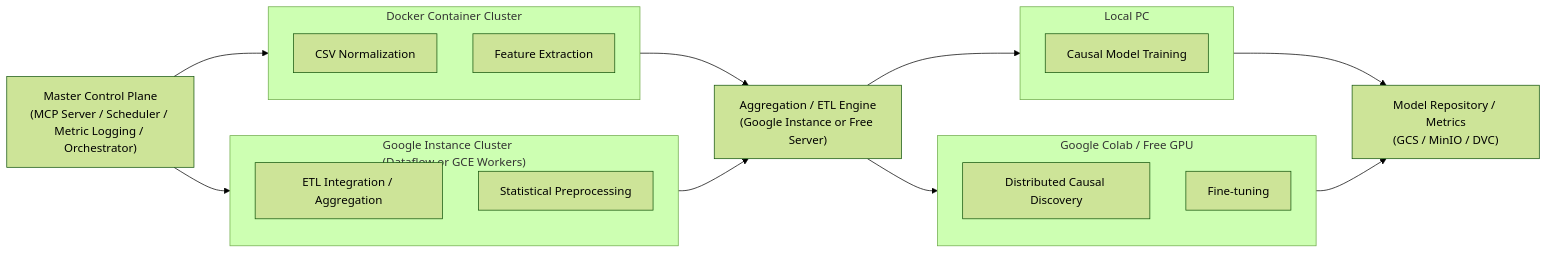
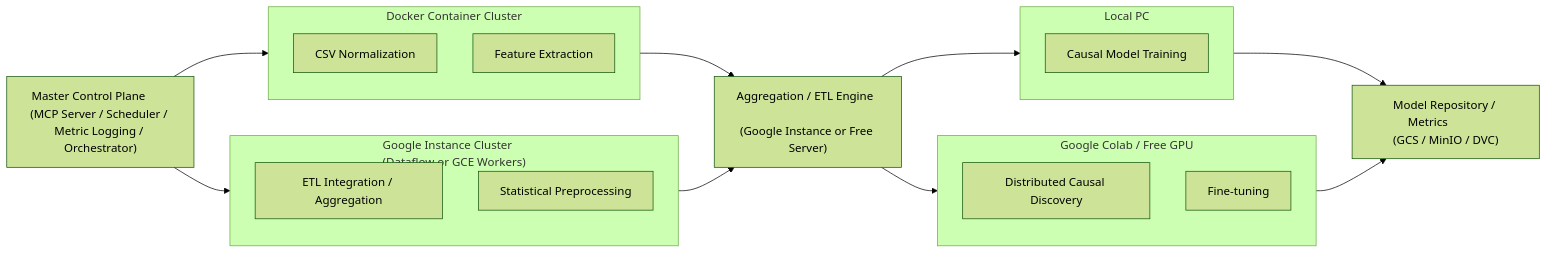
One commit to bertshun/testmodel changed the diagram in SYSTEM_ARCHE.md. Above: the diagram before and after it, drawn with Mermaid (forest theme). The commit also changed other lines of this file, not shown here.

Commit message:
add arch version 12

````diff
--- a/SYSTEM_ARCHE.md
+++ b/SYSTEM_ARCHE.md
@@ -3,55 +3,55 @@
 ```mermaid
 flowchart LR
 
 %% =========================
 %% Control Plane
 %% =========================
-A["Master Control Plane\n(MCP Server / Scheduler / Metric Logging / Orchestrator)"]
+A["Master Control Plane        \n(MCP Server / Scheduler / Metric Logging / Orchestrator)"]
 
 %% =========================
 %% Data Processing Layer
 %% =========================
-subgraph B1["Docker Container Cluster"]
-    B1a["CSV Normalization"]
-    B1b["Feature Extraction"]
+subgraph B1["Docker Container Cluster              "]
+    B1a["CSV Normalization            "]
+    B1b["Feature Extraction           "]
 end
 
-subgraph B2["Google Instance Cluster\n(Dataflow or GCE Workers)"]
-    B2a["ETL Integration / Aggregation"]
-    B2b["Statistical Preprocessing"]
+subgraph B2["Google Instance Cluster            \n(Dataflow or GCE Workers)"]
+    B2a["ETL Integration / Aggregation          "]
+    B2b["Statistical Preprocessing              "]
 end
 
 %% =========================
 %% Aggregation Layer
 %% =========================
-C["Aggregation / ETL Engine\n(Google Instance or Free Server)"]
+C["Aggregation / ETL Engine                \n(Google Instance or Free Server)"]
 
 %% =========================
 %% Learning Layer
 %% =========================
-subgraph D1["Local PC"]
-    D1a["Causal Model Training"]
+subgraph D1["Local PC                  "]
+    D1a["Causal Model Training          "]
 end
 
-subgraph D2["Google Colab / Free GPU"]
-    D2a["Distributed Causal Discovery"]
-    D2b["Fine-tuning"]
+subgraph D2["Google Colab / Free GPU                "]
+    D2a["Distributed Causal Discovery         "]
+    D2b["Fine-tuning                         "]
 end
 
 %% =========================
 %% Repository Layer
 %% =========================
-E["Model Repository / Metrics\n(GCS / MinIO / DVC)"]
+E["Model Repository / Metrics            \n(GCS / MinIO / DVC)"]
 
 %% =========================
 %% Connections
 %% =========================
 A --> B1
 A --> B2
 B1 --> C
 B2 --> C
 C --> D1
 C --> D2
 D1 --> E
 D2 --> E
 ```
````
